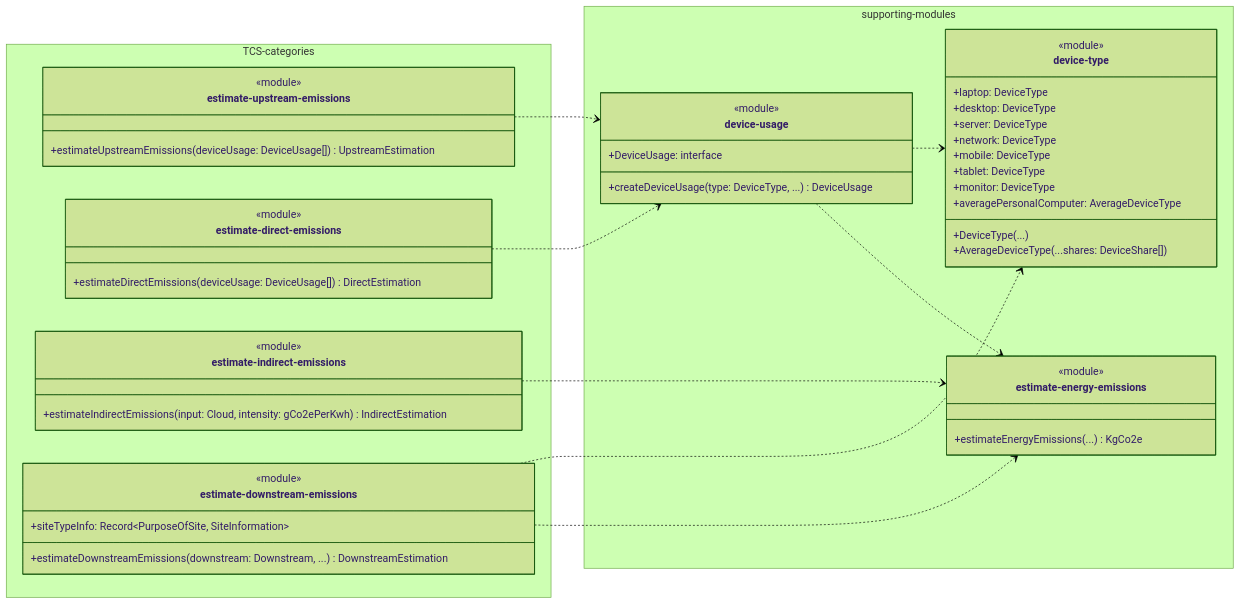
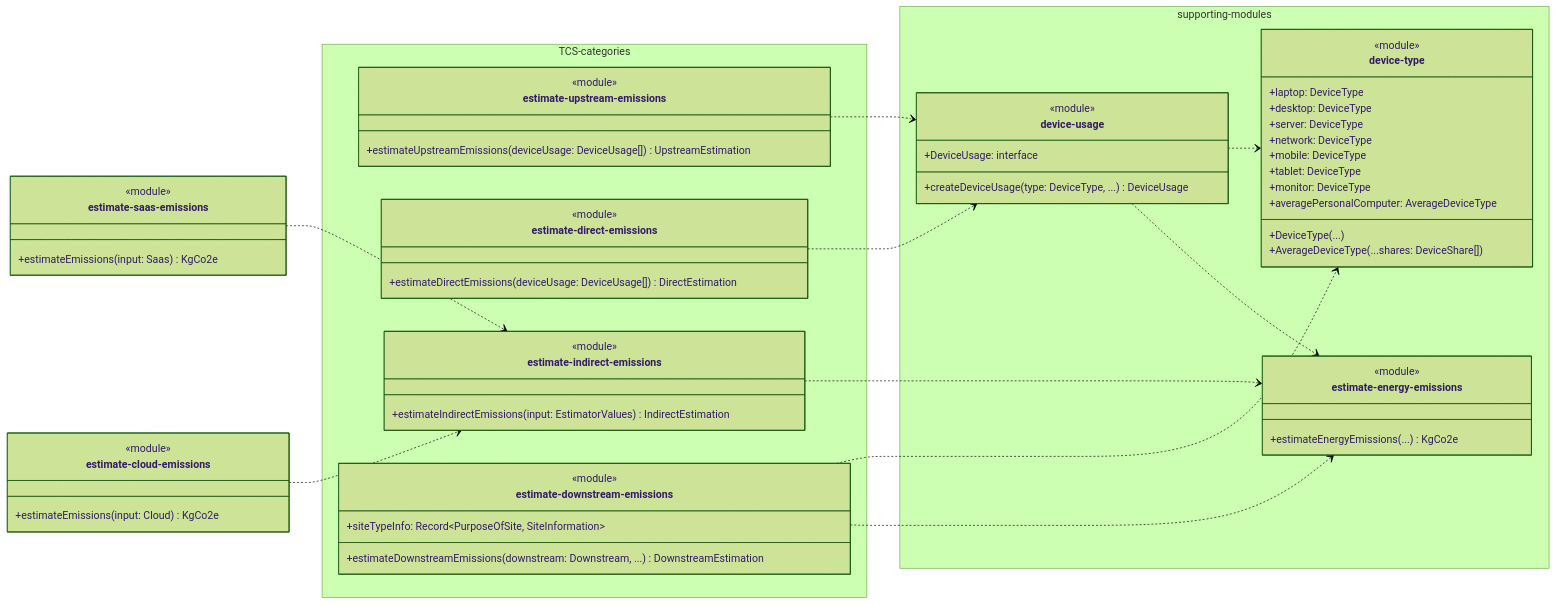
One commit to ScottLogic/sl-tech-carbon-estimator changed the first of 4 diagrams in docs/estimation.md. Above: the diagram before and after it, drawn with Mermaid (forest theme). The commit also changed other lines of this file and 2 other files, not shown here.

Commit message:
feat(component): saaS emissions calculation (#321)
Add several components to allow the estimator to estimate some basic SaaS emissions. For now only
emissions related to use of Microsoft365 and it's tools are included

````diff
--- a/docs/estimation.md
+++ b/docs/estimation.md
@@ -5,61 +5,74 @@
 ```mermaid
 classDiagram
   direction LR
   namespace TCS-categories {
     class estimate-upstream-emissions{
       <<module>>
       +estimateUpstreamEmissions(deviceUsage: DeviceUsage[]) UpstreamEstimation
     }
 
     class estimate-direct-emissions{
       <<module>>
       +estimateDirectEmissions(deviceUsage: DeviceUsage[]) DirectEstimation
     }
 
     class estimate-indirect-emissions{
       <<module>>
-      +estimateIndirectEmissions(input: Cloud, intensity: gCo2ePerKwh) IndirectEstimation
+      +estimateIndirectEmissions(input: EstimatorValues) IndirectEstimation
     }
-
+    
     class estimate-downstream-emissions{
       <<module>>
       +siteTypeInfo: Record~PurposeOfSite, SiteInformation~
       +estimateDownstreamEmissions(downstream: Downstream, ...) DownstreamEstimation
     }
   }
+
+  
+    class estimate-cloud-emissions{
+      <<module>>
+      +estimateEmissions(input: Cloud) KgCo2e
+    }
+    
+    class estimate-saas-emissions{
+      <<module>>
+      +estimateEmissions(input: Saas) KgCo2e
+    }
 
   namespace supporting-modules{
     class device-usage {
       <<module>>
       +DeviceUsage: interface
       +createDeviceUsage(type: DeviceType, ...) DeviceUsage
     }
 
     class device-type {
       <<module>>
       +laptop: DeviceType
       +desktop: DeviceType
       +server: DeviceType
       +network: DeviceType
       +mobile: DeviceType
       +tablet: DeviceType
       +monitor: DeviceType
       +averagePersonalComputer: AverageDeviceType
       +DeviceType(...)
       +AverageDeviceType(...shares: DeviceShare[])
     }
 
     class estimate-energy-emissions {
       <<module>>
       +estimateEnergyEmissions(...) KgCo2e
     }
   }
 
   estimate-upstream-emissions ..> device-usage
   estimate-direct-emissions ..> device-usage
+  estimate-saas-emissions ..> estimate-indirect-emissions
+  estimate-cloud-emissions ..> estimate-indirect-emissions
   estimate-indirect-emissions ..> estimate-energy-emissions
   estimate-downstream-emissions ..> device-type
   estimate-downstream-emissions ..> estimate-energy-emissions
   device-usage ..> device-type
   device-usage ..> estimate-energy-emissions
 ```
````
